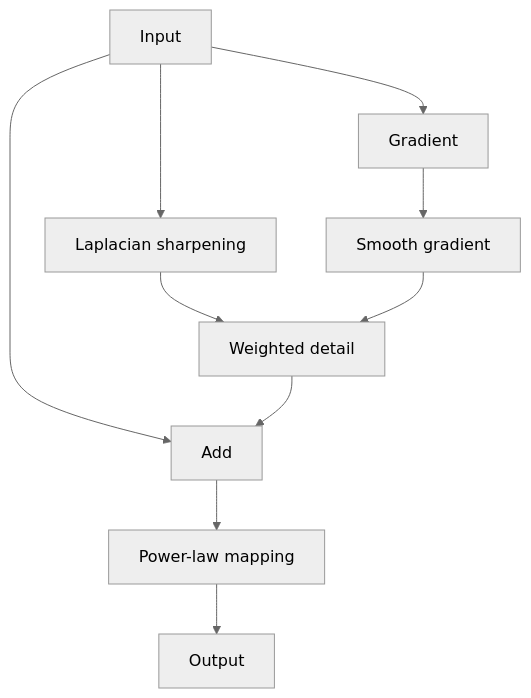
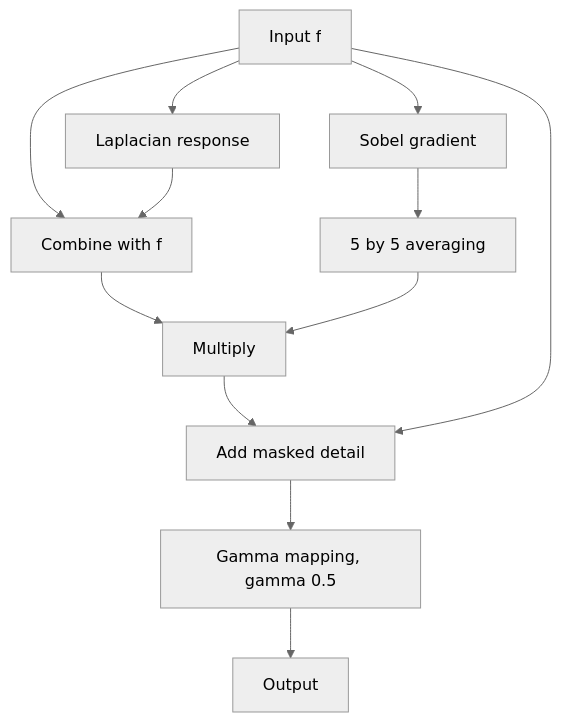
Before and after one commit to NeoTech-vietnam/NeoLearning: the diagram in 05_Advanced-Topics/03_Digital_Image_Processing/01_learning/03_intensity_transformations_and_spatial_filtering/07_combining_spatial_enhancement_methods.md, drawn with Mermaid (neutral theme). The commit also changed other lines of this file and 11 other files, not shown here.

````diff
--- a/05_Advanced-Topics/03_Digital_Image_Processing/01_learning/03_intensity_transformations_and_spatial_filtering/07_combining_spatial_enhancement_methods.md
+++ b/05_Advanced-Topics/03_Digital_Image_Processing/01_learning/03_intensity_transformations_and_spatial_filtering/07_combining_spatial_enhancement_methods.md
@@ -31,12 +75,14 @@
 ```mermaid
 flowchart TD
-    F[Input] --> L[Laplacian sharpening]
-    F --> G[Gradient]
-    G --> S[Smooth gradient]
-    L --> W[Weighted detail]
-    S --> W
-    F --> A[Add]
-    W --> A
-    A --> P[Power-law mapping]
+    F["Input f"] --> L["Laplacian response"]
+    F --> S["Combine with f"]
+    L --> S
+    F --> G["Sobel gradient"]
+    G --> B["5 by 5 averaging"]
+    S --> M[Multiply]
+    B --> M
+    M --> A["Add masked detail"]
+    F --> A
+    A --> P["Gamma mapping, gamma 0.5"]
     P --> O[Output]
 ```
````
